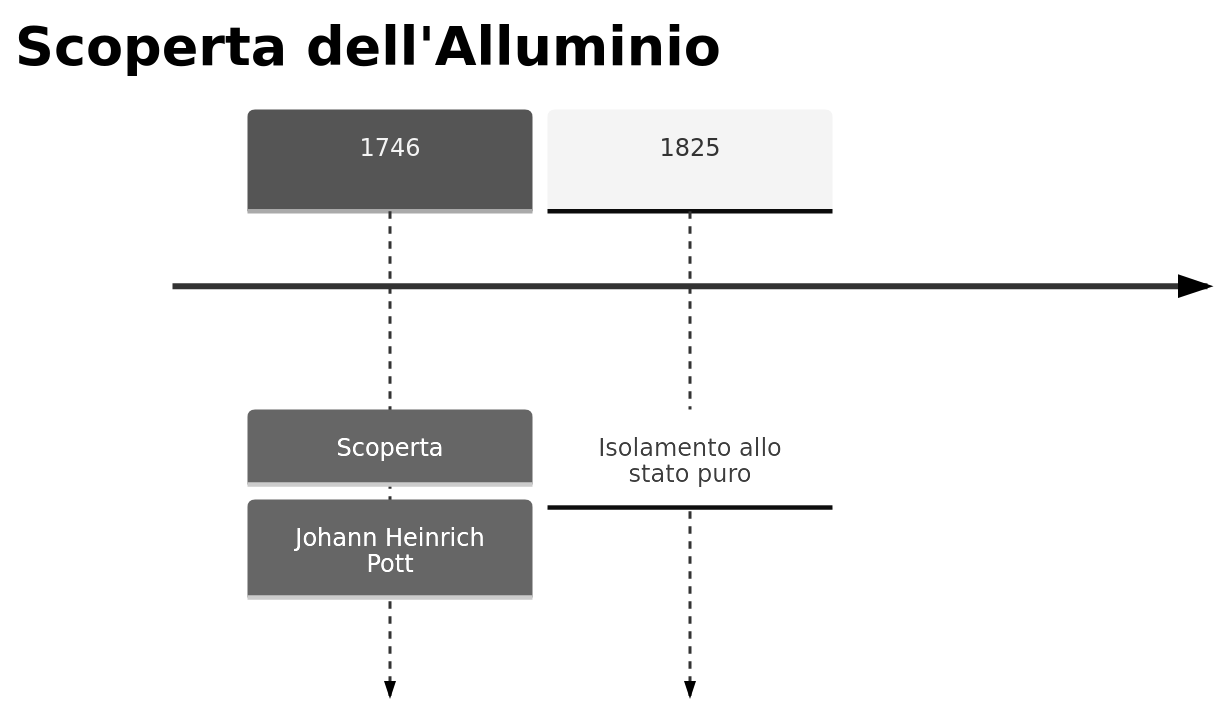
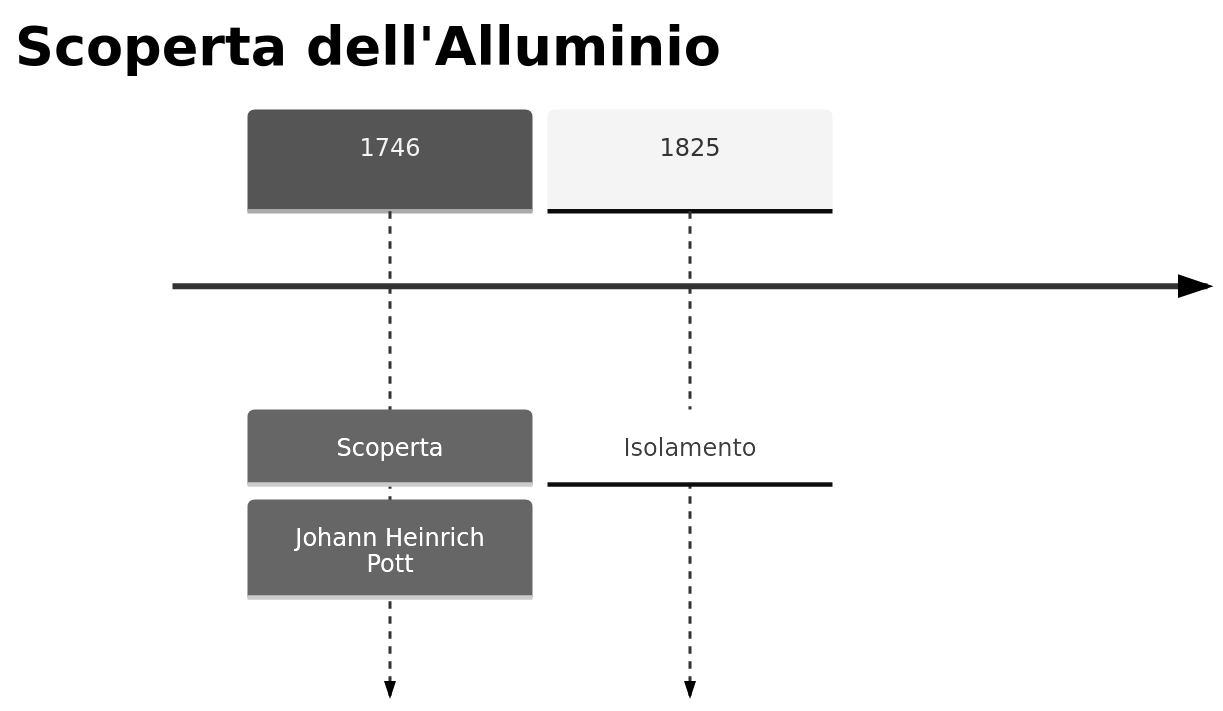
Before and after one commit to gianlucaciarcelluti/elements-caos: the first of 3 diagrams in vault/Elementi/Alluminio.md, drawn with Mermaid (neutral theme). The commit also changed 56 other files, not shown here.

````diff
--- a/vault/Elementi/Alluminio.md
+++ b/vault/Elementi/Alluminio.md
@@ -28,6 +28,6 @@
 ```mermaid
 timeline
     title Scoperta dell'Alluminio
     1746 : Scoperta : Johann Heinrich Pott
-    1825 : Isolamento allo stato puro
+    1825 : Isolamento
 ```
````
